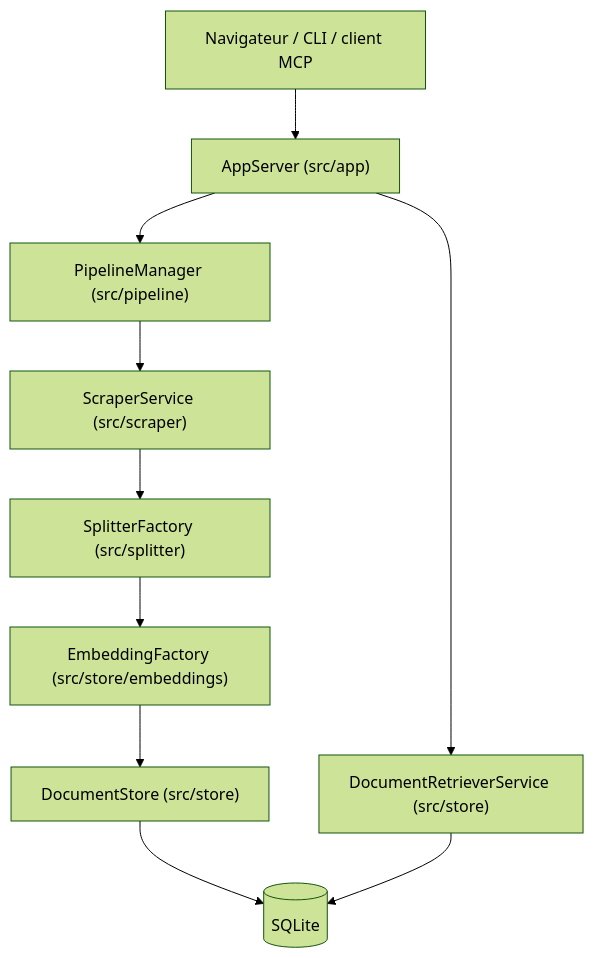
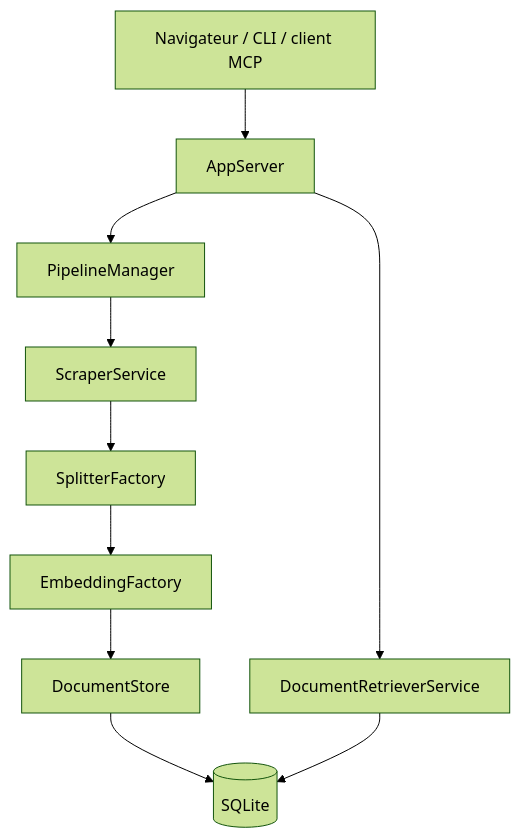
Before and after one commit to floSa/Veille-Repo: the diagram in veille/.data/fiches/arabold__docs-mcp-server.md, drawn with Mermaid (forest theme). The commit also changed other lines of this file, not shown here.

First line of the commit message:
Mise à jour du catalogue : 5395 fiches, 5562 diagrammes

````diff
--- a/veille/.data/fiches/arabold__docs-mcp-server.md
+++ b/veille/.data/fiches/arabold__docs-mcp-server.md
@@ -22,12 +32,12 @@
 ```mermaid
 graph TB
-    Clients["Navigateur / CLI / client MCP"] --> AppServer["AppServer (src/app)"]
-    AppServer --> PipelineManager["PipelineManager (src/pipeline)"]
-    PipelineManager --> ScraperService["ScraperService (src/scraper)"]
-    ScraperService --> SplitterFactory["SplitterFactory (src/splitter)"]
-    SplitterFactory --> EmbeddingFactory["EmbeddingFactory (src/store/embeddings)"]
-    EmbeddingFactory --> DocumentStore["DocumentStore (src/store)"]
+    Clients["Navigateur / CLI / client MCP"] --> AppServer["AppServer"]
+    AppServer --> PipelineManager["PipelineManager"]
+    PipelineManager --> ScraperService["ScraperService"]
+    ScraperService --> SplitterFactory["SplitterFactory"]
+    SplitterFactory --> EmbeddingFactory["EmbeddingFactory"]
+    EmbeddingFactory --> DocumentStore["DocumentStore"]
     DocumentStore --> DB[("SQLite")]
-    AppServer --> DocumentRetriever["DocumentRetrieverService (src/store)"]
+    AppServer --> DocumentRetriever["DocumentRetrieverService"]
     DocumentRetriever --> DB
 ```
````
